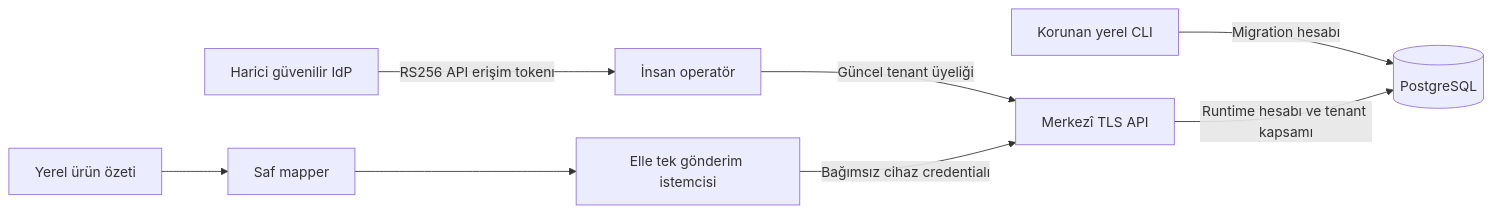
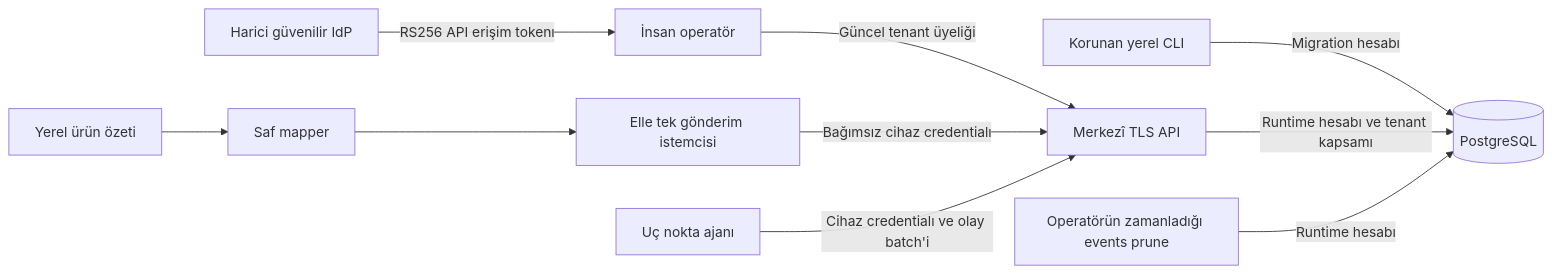
The diagram in docs/ARCHITECTURE.tr.md (ITherso/security-platform), drawn with Mermaid before and after one commit. The commit also changed other lines of this file and 31 other files, not shown here.

````diff
--- a/docs/ARCHITECTURE.tr.md
+++ b/docs/ARCHITECTURE.tr.md
@@ -7,10 +7,12 @@
 ```mermaid
 flowchart LR
     IdP[Harici güvenilir IdP] -->|RS256 API erişim tokenı| Operator[İnsan operatör]
     Operator -->|Güncel tenant üyeliği| API[Merkezî TLS API]
     Admin[Korunan yerel CLI] -->|Migration hesabı| DB[(PostgreSQL)]
     API -->|Runtime hesabı ve tenant kapsamı| DB
     Local[Yerel ürün özeti] --> Mapper[Saf mapper]
     Mapper --> Client[Elle tek gönderim istemcisi]
     Client -->|Bağımsız cihaz credentialı| API
+    Agent[Uç nokta ajanı] -->|Cihaz credentialı ve olay batch'i| API
+    Scheduler[Operatörün zamanladığı events prune] -->|Runtime hesabı| DB
 ```
````
